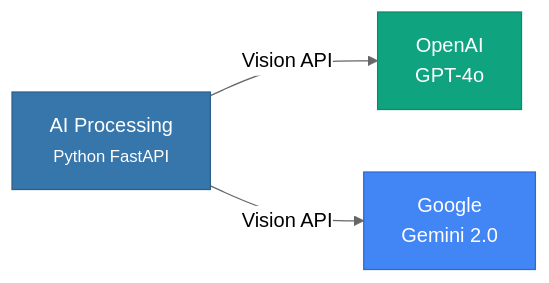
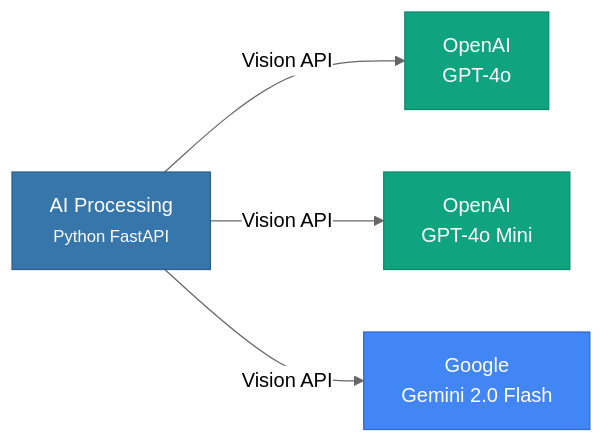
One commit to ArchLens-Fiap/archlens-docs changed the third of 8 diagrams in README.md. Above: the diagram before and after it, drawn with Mermaid (neutral theme). The commit also changed other lines of this file and 5 other files, not shown here.

````diff
--- a/README.md
+++ b/README.md
@@ -140,14 +140,17 @@
 ```mermaid
 graph LR
     AI["AI Processing<br/><small>Python FastAPI</small>"]
 
     GPT["OpenAI<br/>GPT-4o"]
-    GEM["Google<br/>Gemini 2.0"]
+    MINI["OpenAI<br/>GPT-4o Mini"]
+    GEM["Google<br/>Gemini 2.0 Flash"]
 
     AI -->|"Vision API"| GPT
+    AI -->|"Vision API"| MINI
     AI -->|"Vision API"| GEM
 
     style AI fill:#3776AB,stroke:#2b5f8a,color:#fff
     style GPT fill:#10a37f,stroke:#0d8a6a,color:#fff
+    style MINI fill:#10a37f,stroke:#0d8a6a,color:#fff
     style GEM fill:#4285F4,stroke:#3367d6,color:#fff
 ```
````
